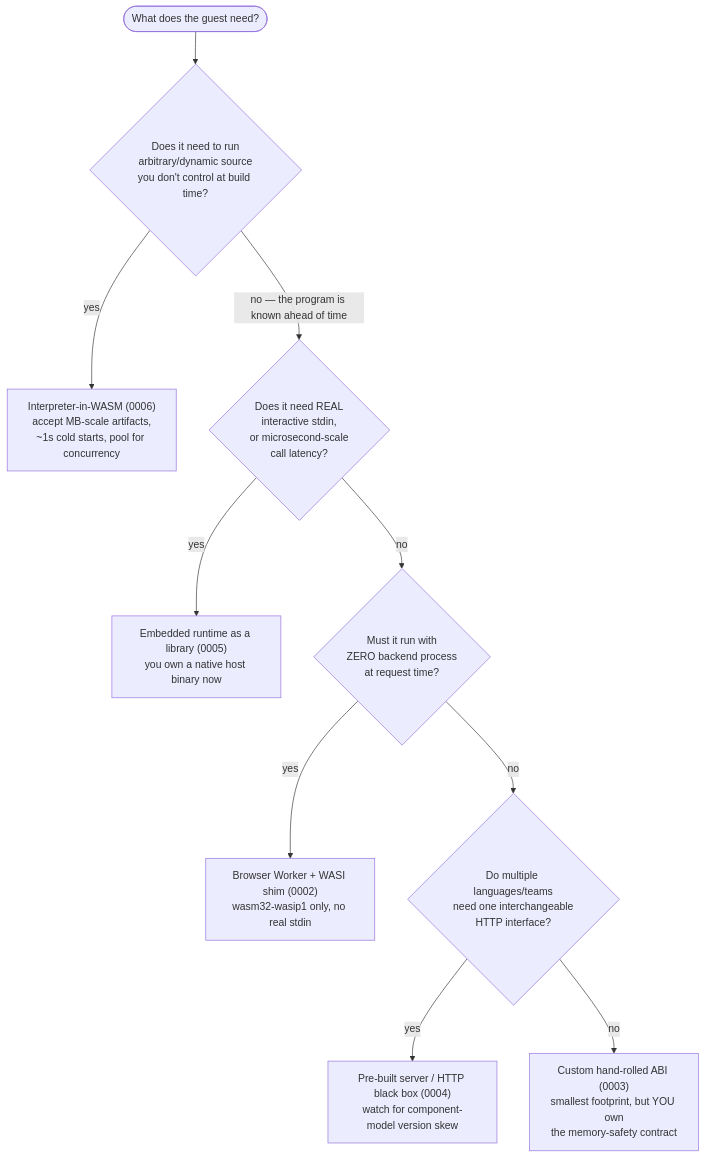
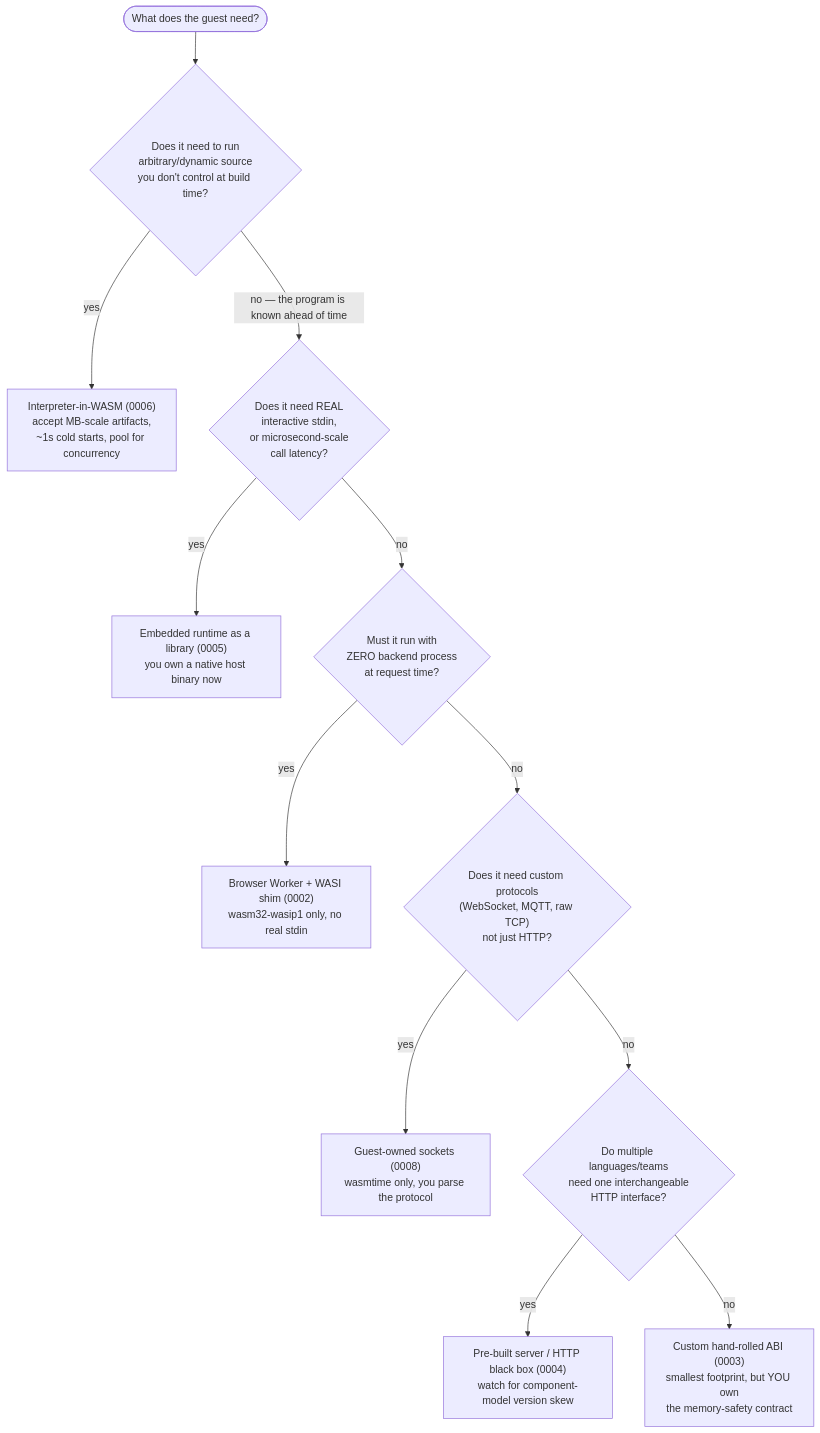
Before and after one commit to LAB271/wasm: the diagram in .openspec/adr/0007-archetype-decision-guide.md, drawn with Mermaid. The commit also changed other lines of this file and 12 other files, not shown here.

First line of the commit message:
feat(014): add WASM web server experiment — TCP vs serverless

````diff
--- a/.openspec/adr/0007-archetype-decision-guide.md
+++ b/.openspec/adr/0007-archetype-decision-guide.md
@@ -36,12 +41,14 @@
 ```mermaid
 flowchart TD
     start(["What does the guest need?"]) --> q1{"Does it need to run<br/>arbitrary/dynamic source<br/>you don't control at build time?"}
     q1 -->|yes| a6["Interpreter-in-WASM (0006)<br/>accept MB-scale artifacts,<br/>~1s cold starts, pool for concurrency"]
     q1 -->|"no — the program is known ahead of time"| q2{"Does it need REAL<br/>interactive stdin,<br/>or microsecond-scale<br/>call latency?"}
     q2 -->|yes| a5["Embedded runtime as a library (0005)<br/>you own a native host binary now"]
     q2 -->|no| q3{"Must it run with<br/>ZERO backend process<br/>at request time?"}
     q3 -->|yes| a2["Browser Worker + WASI shim (0002)<br/>wasm32-wasip1 only, no real stdin"]
-    q3 -->|no| q4{"Do multiple languages/teams<br/>need one interchangeable<br/>HTTP interface?"}
-    q4 -->|yes| a4["Pre-built server / HTTP black box (0004)<br/>watch for component-model version skew"]
-    q4 -->|no| a3["Custom hand-rolled ABI (0003)<br/>smallest footprint, but YOU own<br/>the memory-safety contract"]
+    q3 -->|no| q4{"Does it need custom protocols<br/>(WebSocket, MQTT, raw TCP)<br/>not just HTTP?"}
+    q4 -->|yes| a8["Guest-owned sockets (0008)<br/>wasmtime only, you parse the protocol"]
+    q4 -->|no| q5{"Do multiple languages/teams<br/>need one interchangeable<br/>HTTP interface?"}
+    q5 -->|yes| a4["Pre-built server / HTTP black box (0004)<br/>watch for component-model version skew"]
+    q5 -->|no| a3["Custom hand-rolled ABI (0003)<br/>smallest footprint, but YOU own<br/>the memory-safety contract"]
 ```
````
